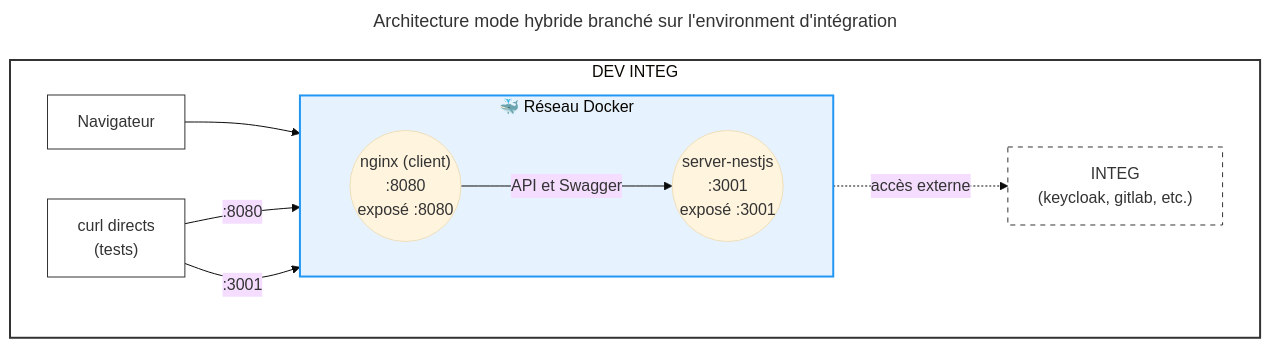
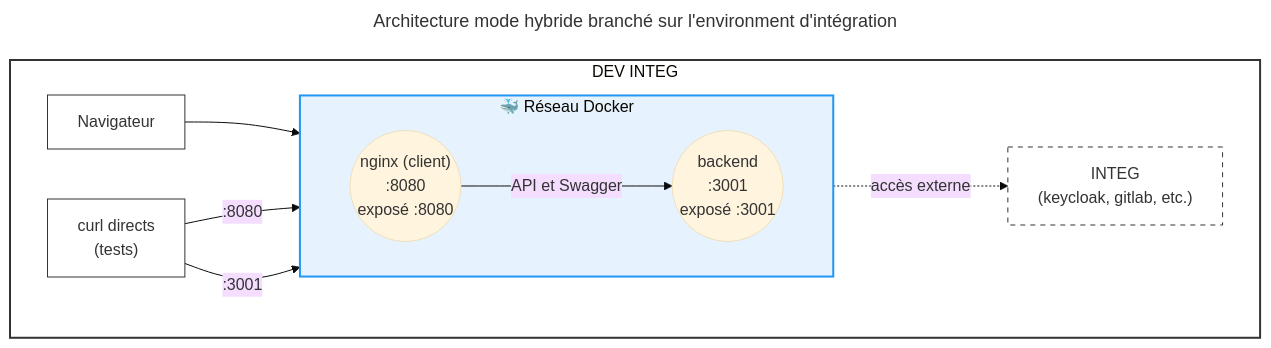
The second of 2 diagrams in ENVIRONMENTS.md (cloud-pi-native/console), drawn with Mermaid (base theme) before and after one commit. The commit also changed other lines of this file and 571 other files, not shown here.

First line of the commit message:
refactor: renommer server-nestjs en backend

````diff
--- a/ENVIRONMENTS.md
+++ b/ENVIRONMENTS.md
@@ -324,33 +325,33 @@
 ```mermaid
 ---
 title: Architecture mode hybride branché sur l'environment d'intégration
 ---
 graph LR
 
   subgraph DEV_INTEG["DEV INTEG"]
     direction LR
     NAV_I["Navigateur"]
     CURL_I["curl directs\n(tests)"]
     INTEG["INTEG\n(keycloak, gitlab, etc.)"]
 
     subgraph DOCKER_NET["🐳 Réseau Docker"]
       direction LR
       NGINX_I(("nginx (client)\n:8080\nexposé :8080"))
-      NESTJS_I(("server-nestjs\n:3001\nexposé :3001"))
+      NESTJS_I(("backend\n:3001\nexposé :3001"))
 
       NGINX_I -- "API et Swagger" --> NESTJS_I
     end
 
     NAV_I --> NGINX_I
     NESTJS_I -. "accès externe" .-> INTEG
 
     CURL_I -- ":8080" --> NGINX_I
     CURL_I -- ":3001" --> NESTJS_I
   end
 
   style DEV_INTEG fill:#fff,stroke:#333,stroke-width:2px
   style DOCKER_NET fill:#e6f3ff,stroke:#2196F3,stroke-width:2px
   style NAV_I fill:#fff,stroke:#333
   style CURL_I fill:#fff,stroke:#333
   style INTEG fill:#fff,stroke:#333,stroke-dasharray: 5 5
 ```
````
